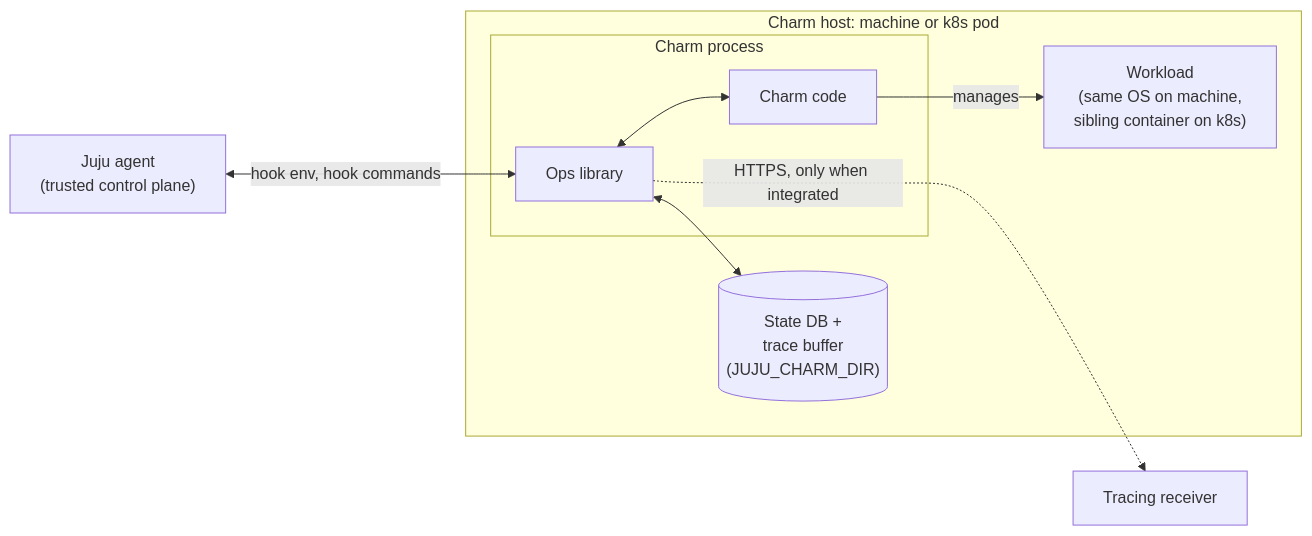
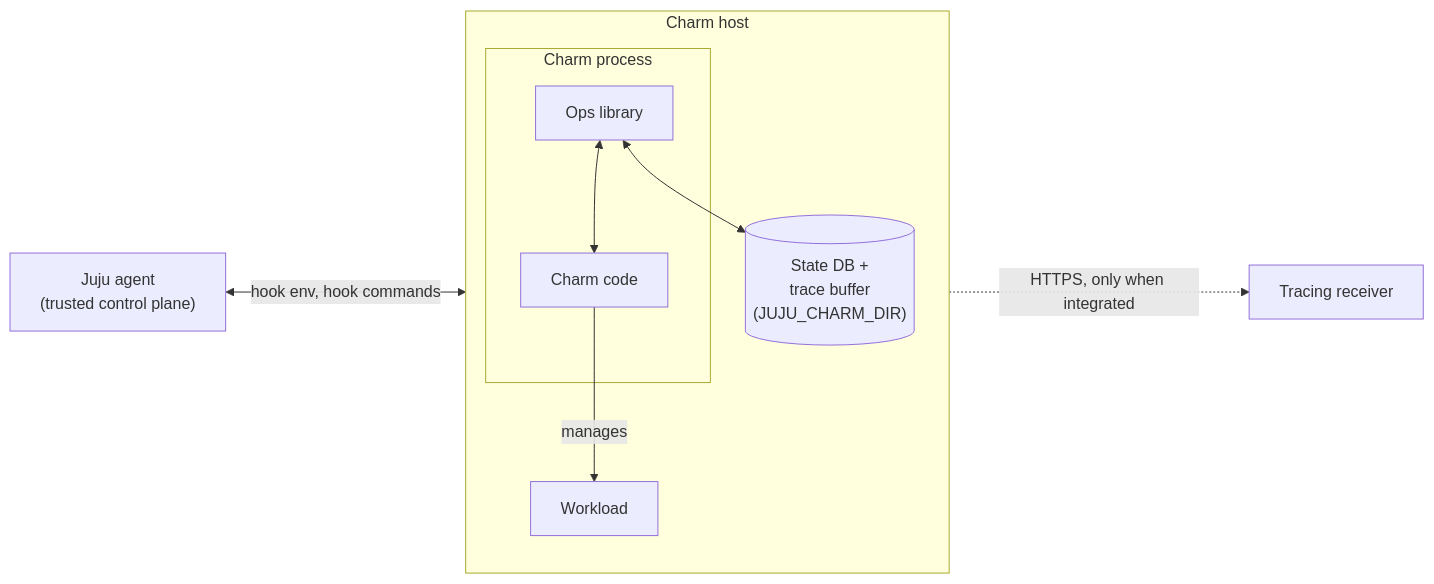
One commit to canonical/operator changed the diagram in docs/explanation/security.md. Above: the diagram before and after it, drawn with Mermaid. The commit also changed other lines of this file, not shown here.

Commit message:
docs(security): simplify diagram labels, clarify host in body

````diff
--- a/docs/explanation/security.md
+++ b/docs/explanation/security.md
@@ -18,19 +18,20 @@
 ```{mermaid}
 flowchart LR
     Juju["Juju agent<br/>(trusted control plane)"]
-    subgraph Host["Charm host: machine or k8s pod"]
+    subgraph Host["Charm host"]
+        direction TB
         subgraph Process["Charm process"]
             Ops["Ops library"]
             Charm["Charm code"]
         end
         State[("State DB +<br/>trace buffer<br/>(JUJU_CHARM_DIR)")]
-        Workload["Workload<br/>(same OS on machine,<br/>sibling container on k8s)"]
+        Workload["Workload"]
     end
     Receiver["Tracing receiver"]
 
     Juju <-->|"hook env, hook commands"| Ops
     Ops <--> Charm
     Charm -->|manages| Workload
     Ops <--> State
     Ops -..->|"HTTPS, only when integrated"| Receiver
 ```
````
